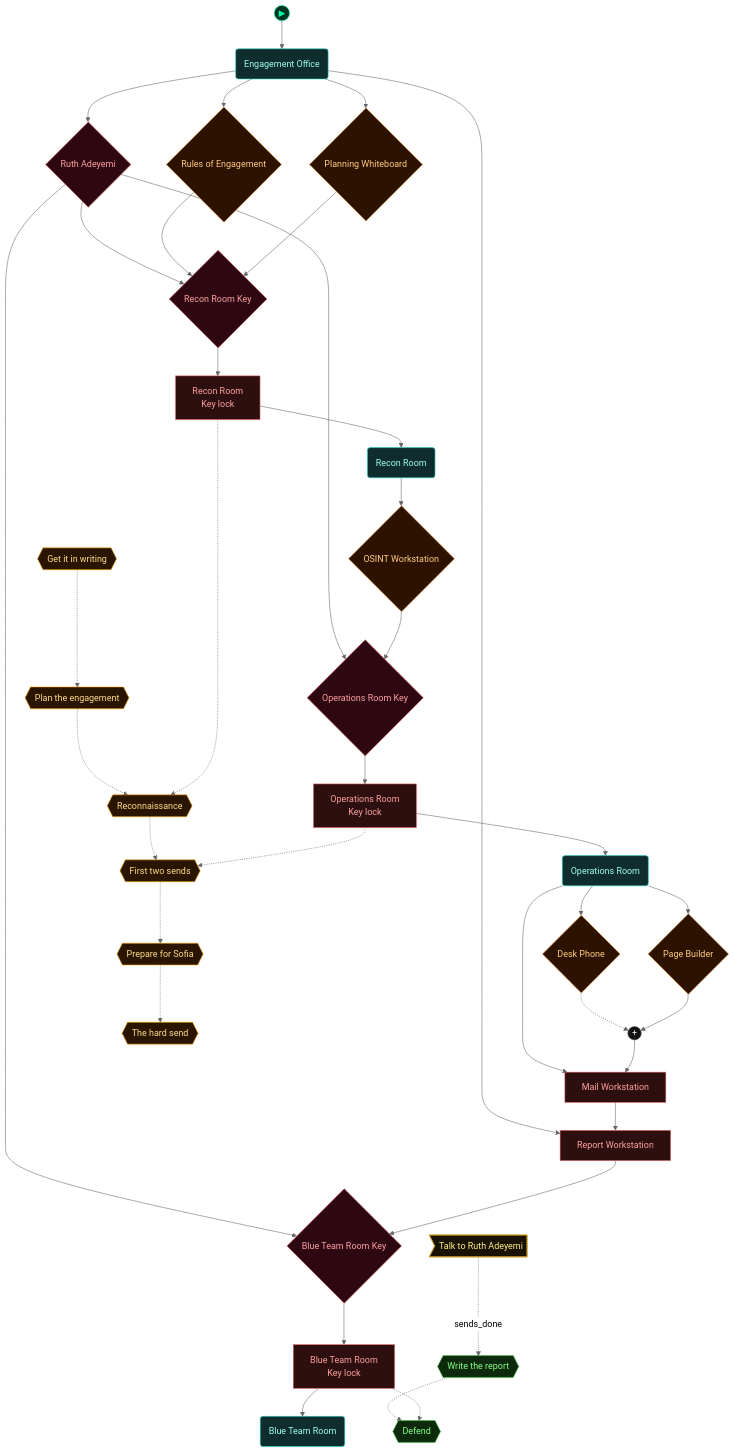
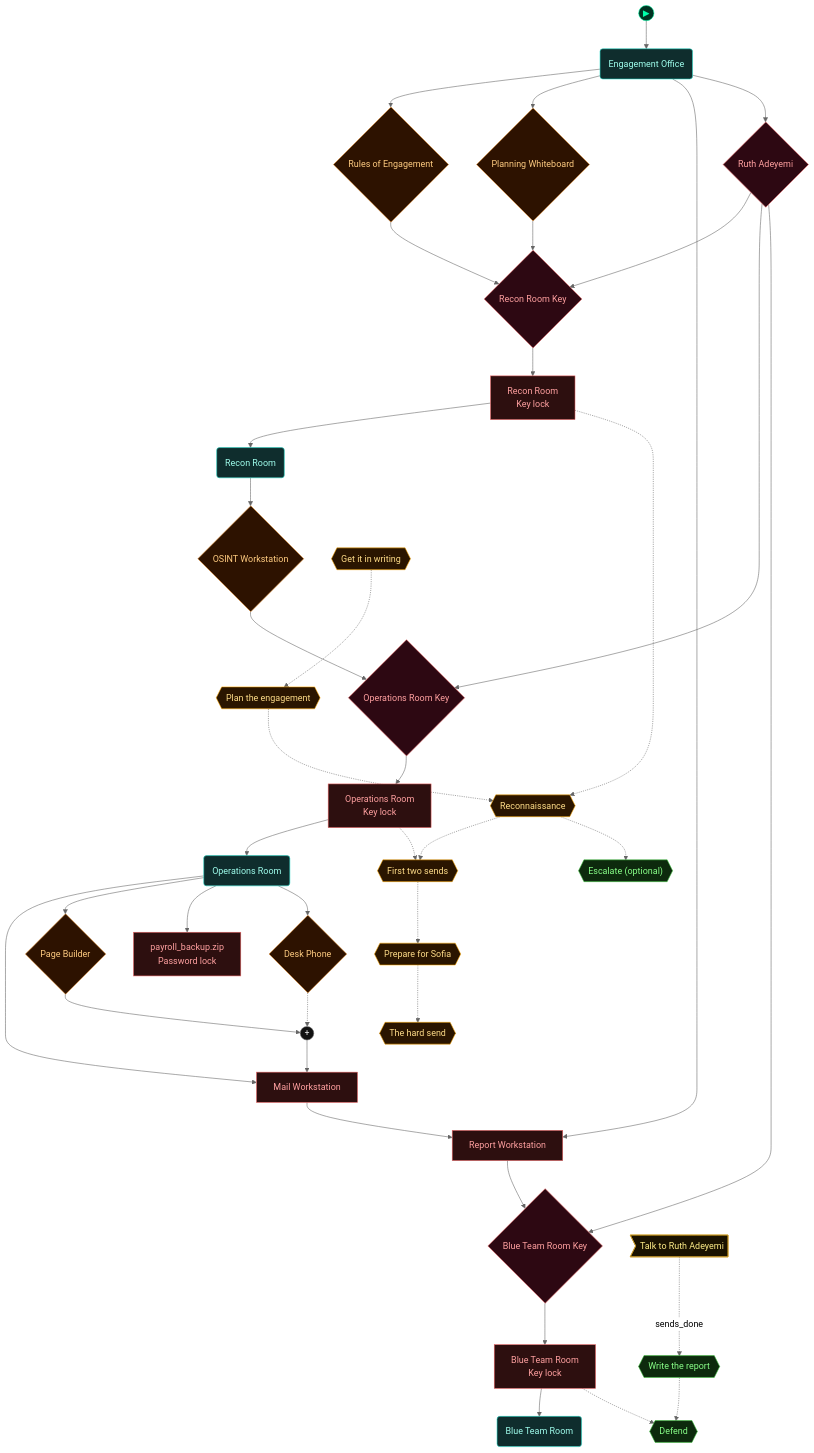
One commit to cliffe/BreakEscape changed the third of 5 diagrams in scenarios/lab_social_engineering/dungeon_graph.md. Above: the diagram before and after it, drawn with Mermaid (neutral theme). The commit also changed other lines of this file and 4 other files, not shown here.

Commit message:
SE lab captures: optional Escalate aim (foothold + reused-password archive), zip on Sofia's desktop (nested password container, same captured password), scope sheet authorises payloads/foothold; container minigame opens locked nested containers

````diff
--- a/scenarios/lab_social_engineering/dungeon_graph.md
+++ b/scenarios/lab_social_engineering/dungeon_graph.md
@@ -210,6 +214,7 @@
   osint_workstation{"OSINT Workstation"}
   lock_mail_workstation["Mail Workstation"]
   page_builder{"Page Builder"}
+  lock_sofia_archive["payroll_backup.zip<br/>Password lock"]
   desk_phone{"Desk Phone"}
   andgate1((" + "))
   aim_authorise{{"Get it in writing"}}
@@ -218,6 +223,7 @@
   aim_phish_easy{{"First two sends"}}
   aim_prepare_hard{{"Prepare for Sofia"}}
   aim_phish_hard{{"The hard send"}}
+  aim_escalate{{"Escalate (optional)"}}
   aim_report{{"Write the report"}}
   aim_defend{{"Defend"}}
   story_talk_to_ruth_adeyemi>"Talk to Ruth Adeyemi"]
@@ -239,6 +245,7 @@
   operations_room --> lock_mail_workstation
   lock_mail_workstation --> lock_report_workstation
   operations_room --> page_builder
+  operations_room --> lock_sofia_archive
   operations_room --> desk_phone
   desk_phone -.-> andgate1
   andgate1 --> lock_mail_workstation
@@ -252,19 +259,20 @@
   aim_recon -.-> aim_phish_easy
   aim_phish_easy -.-> aim_prepare_hard
   aim_prepare_hard -.-> aim_phish_hard
+  aim_recon -.-> aim_escalate
   aim_report -.-> aim_defend
   story_talk_to_ruth_adeyemi -.->|sends_done| aim_report
   door_recon_room -.-> aim_recon
   door_operations_room -.-> aim_phish_easy
   door_blue_team_room -.-> aim_defend
 
-  class door_recon_room,door_operations_room,door_blue_team_room,lock_report_workstation,lock_mail_workstation lock
+  class door_recon_room,door_operations_room,door_blue_team_room,lock_report_workstation,lock_mail_workstation,lock_sofia_archive lock
   class recon_room,operations_room,blue_team_room,engagement_office room
   class rules_of_engagement,planning_whiteboard,osint_workstation,page_builder,desk_phone item
   class npc_ruth_adeyemi,recon_room_key,operations_room_key,blue_team_room_key key
   class andgate1 gate
   class aim_authorise,aim_plan,aim_recon,aim_phish_easy,aim_prepare_hard,aim_phish_hard critical
-  class aim_report,aim_defend aim
+  class aim_escalate,aim_report,aim_defend aim
   class story_talk_to_ruth_adeyemi action
   class node_start start
 ```
````
